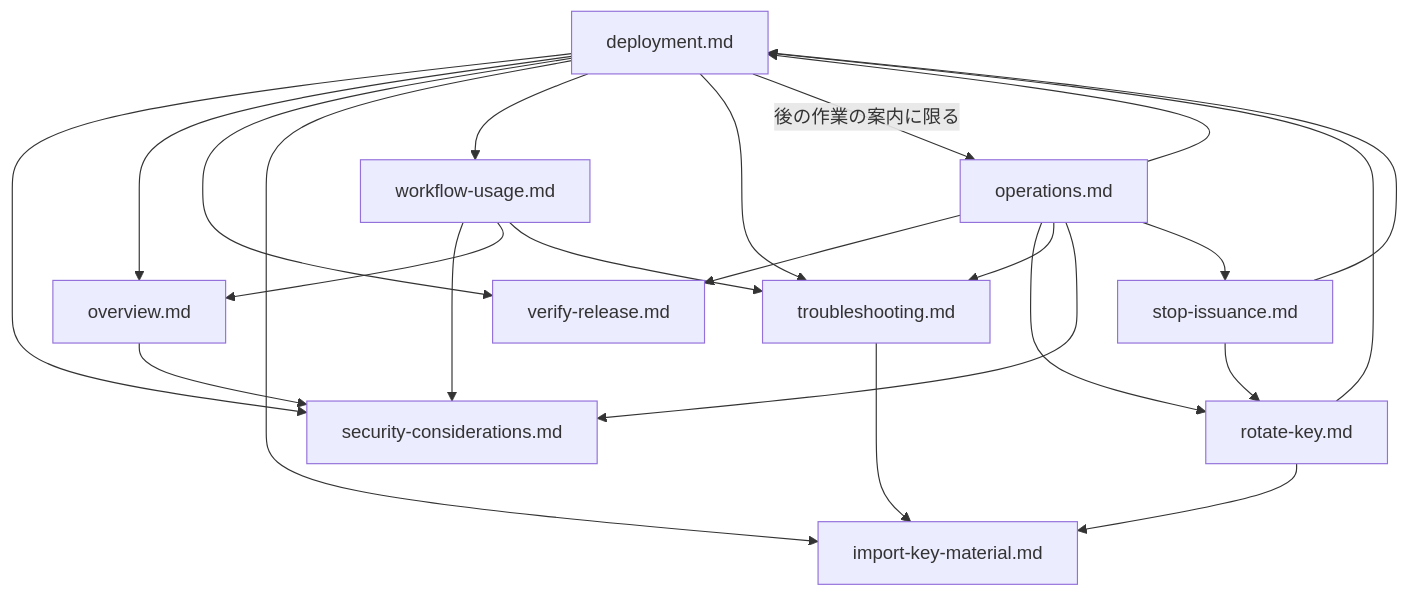
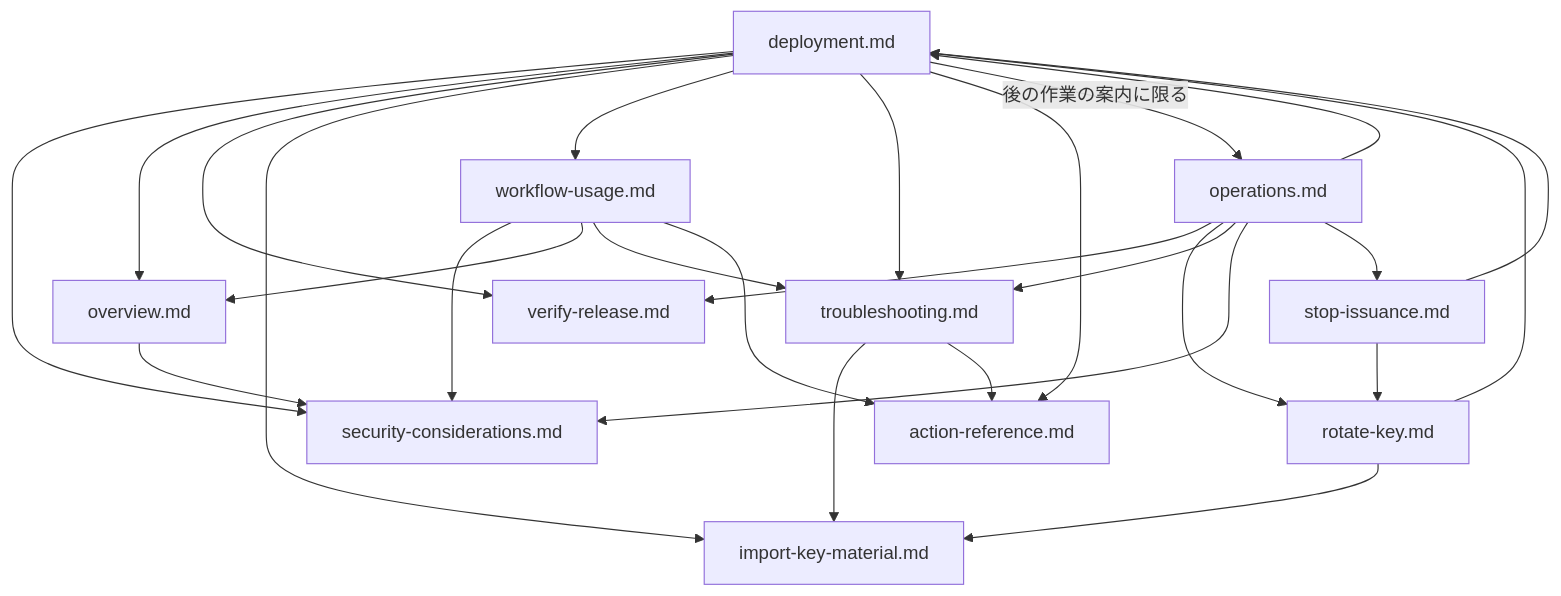
The second of 3 diagrams in docs/contributing/docs-policy.md (tmknom/gates), drawn with Mermaid before and after one commit. The commit also changed other lines of this file and 10 other files, not shown here.

First line of the commit message:
docs: move Action reference from actions/README into user guide

````diff
--- a/docs/contributing/docs-policy.md
+++ b/docs/contributing/docs-policy.md
@@ -179,25 +176,28 @@
 ```mermaid
 flowchart TD
     overview["overview.md"] --> security["security-considerations.md"]
     deployment["deployment.md"] --> security
     deployment --> overview
     deployment --> verify["verify-release.md"]
     deployment --> import["import-key-material.md"]
     deployment --> usage["workflow-usage.md"]
     deployment --> trouble["troubleshooting.md"]
+    deployment --> reference["action-reference.md"]
     deployment -->|後の作業の案内に限る| operations
     rotate["rotate-key.md"] --> import
     rotate --> deployment
     usage --> security
     usage --> overview
     usage --> trouble
+    usage --> reference
     trouble --> import
+    trouble --> reference
     operations["operations.md"] --> deployment
     operations --> verify
     operations --> rotate
     operations --> trouble
     operations --> security
     operations --> stop["stop-issuance.md"]
     stop --> deployment
     stop --> rotate
 ```
````
